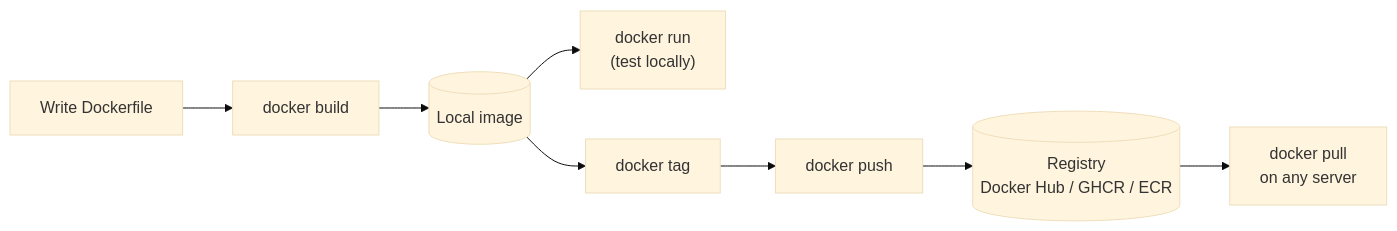
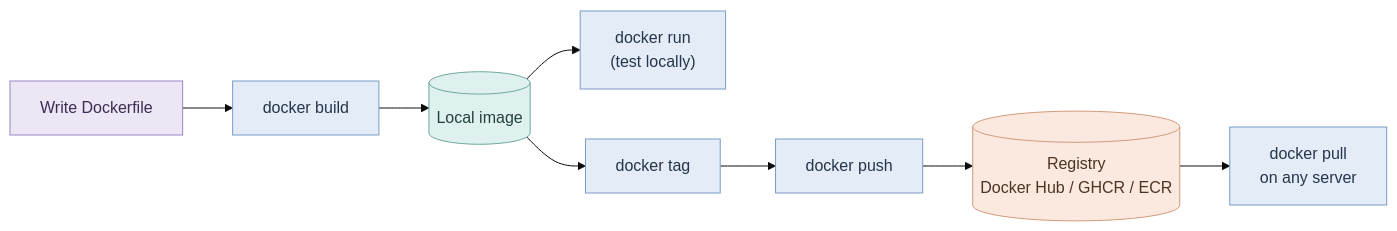
The ninth of 10 diagrams in Docker101.md (saurabhchachre013/docker101), drawn with Mermaid (base theme) before and after one commit. The commit also changed other lines of this file and 2 other files, not shown here.

Commit message:
flask app with dockerfile

````diff
--- a/Docker101.md
+++ b/Docker101.md
@@ -531,10 +617,19 @@
 ```mermaid
 flowchart LR
-    A[Write Dockerfile] --> B["docker build"]
-    B --> C[(Local image)]
+    A["Write Dockerfile"] --> B["docker build"]
+    B --> C[("Local image")]
     C --> D["docker run<br/>(test locally)"]
     C --> E["docker tag"]
     E --> F["docker push"]
-    F --> G[(Registry<br/>Docker Hub / GHCR / ECR)]
+    F --> G[("Registry<br/>Docker Hub / GHCR / ECR")]
     G --> H["docker pull<br/>on any server"]
+
+    classDef file fill:#ECE6F5,stroke:#9A86C0,color:#3A2E52
+    classDef cmd fill:#E3ECF7,stroke:#7A9CC6,color:#26354A
+    classDef image fill:#DFF1EE,stroke:#6FA8A0,color:#24403C
+    classDef registry fill:#FBE9DF,stroke:#D19A7A,color:#4D3324
+    class A file
+    class B,D,E,F,H cmd
+    class C image
+    class G registry
 ```
````
